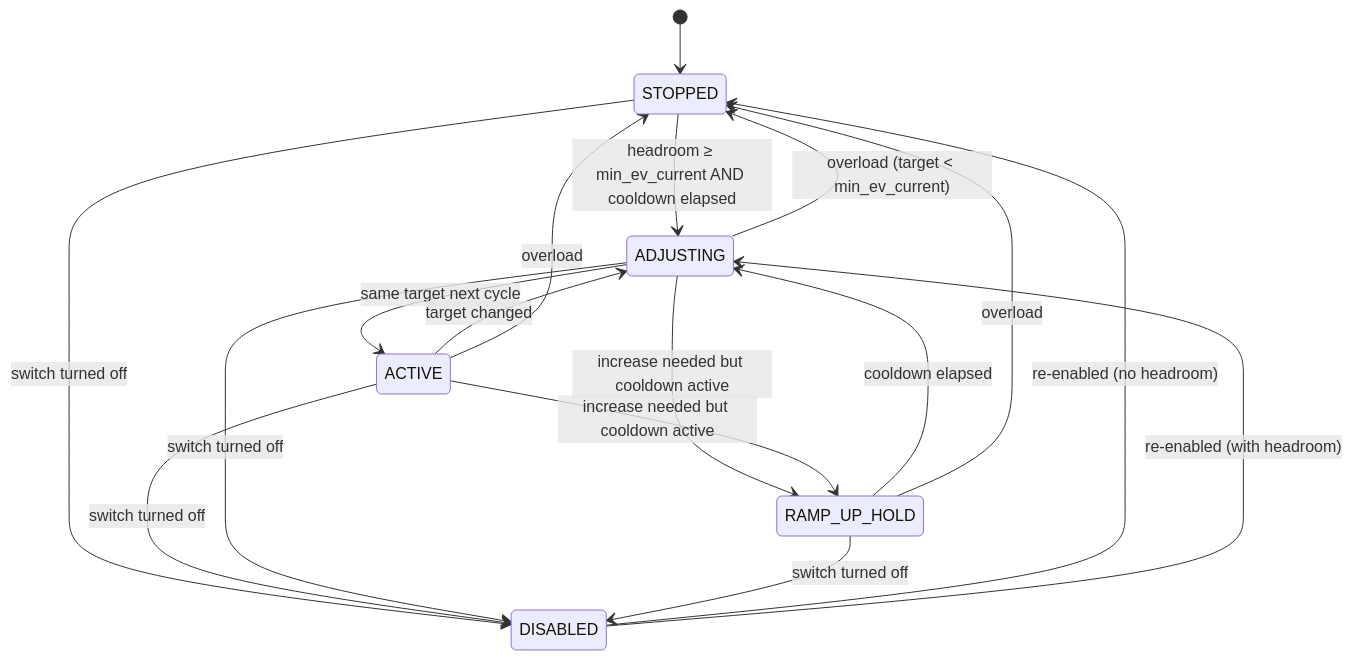
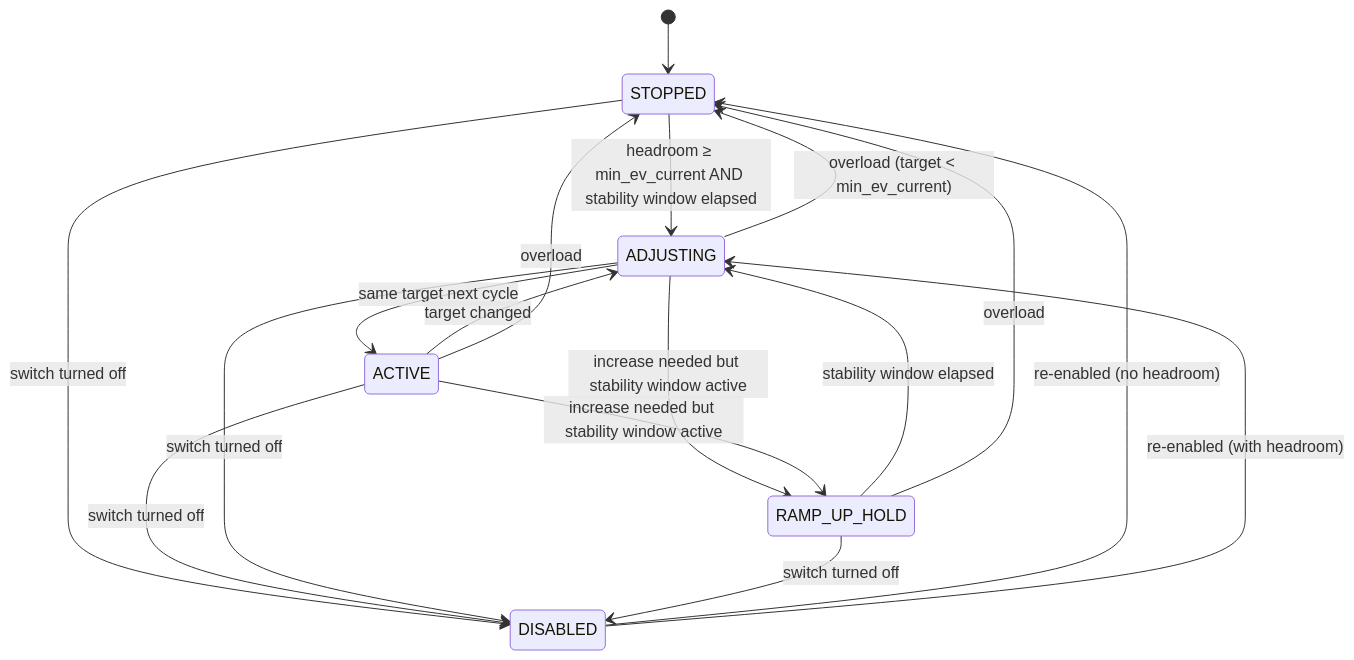
The third of 7 diagrams in docs/documentation/how-it-works.md (alexisml/ha-ev-charger-balancer), drawn with Mermaid before and after one commit. The commit also changed other lines of this file and 1 other file, not shown here.

Commit message:
fix: correct apply_ramp_up_limit docstring return type; update stale cooldown references in docs

````diff
--- a/docs/documentation/how-it-works.md
+++ b/docs/documentation/how-it-works.md
@@ -424,25 +426,25 @@
 ```mermaid
 stateDiagram-v2
     state "STOPPED" as STOPPED
     state "ADJUSTING" as ADJUSTING
     state "ACTIVE" as ACTIVE
     state "RAMP_UP_HOLD" as RAMP_UP_HOLD
     state "DISABLED" as DISABLED
 
     [*] --> STOPPED
-    STOPPED --> ADJUSTING : headroom ≥ min_ev_current AND cooldown elapsed
+    STOPPED --> ADJUSTING : headroom ≥ min_ev_current AND stability window elapsed
     ADJUSTING --> ACTIVE : same target next cycle
     ADJUSTING --> STOPPED : overload (target < min_ev_current)
-    ADJUSTING --> RAMP_UP_HOLD : increase needed but cooldown active
+    ADJUSTING --> RAMP_UP_HOLD : increase needed but stability window active
     ACTIVE --> ADJUSTING : target changed
     ACTIVE --> STOPPED : overload
-    ACTIVE --> RAMP_UP_HOLD : increase needed but cooldown active
-    RAMP_UP_HOLD --> ADJUSTING : cooldown elapsed
+    ACTIVE --> RAMP_UP_HOLD : increase needed but stability window active
+    RAMP_UP_HOLD --> ADJUSTING : stability window elapsed
     RAMP_UP_HOLD --> STOPPED : overload
     DISABLED --> STOPPED : re-enabled (no headroom)
     DISABLED --> ADJUSTING : re-enabled (with headroom)
     STOPPED --> DISABLED : switch turned off
     ACTIVE --> DISABLED : switch turned off
     ADJUSTING --> DISABLED : switch turned off
     RAMP_UP_HOLD --> DISABLED : switch turned off
 ```
````
